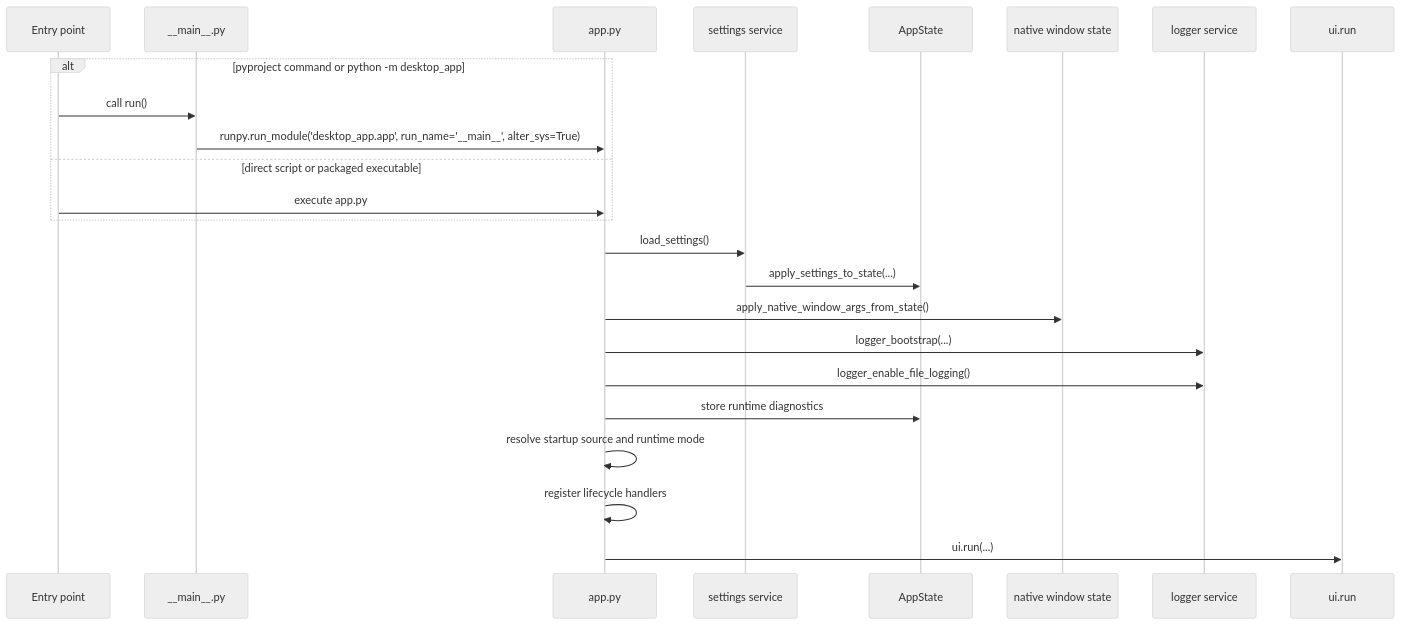
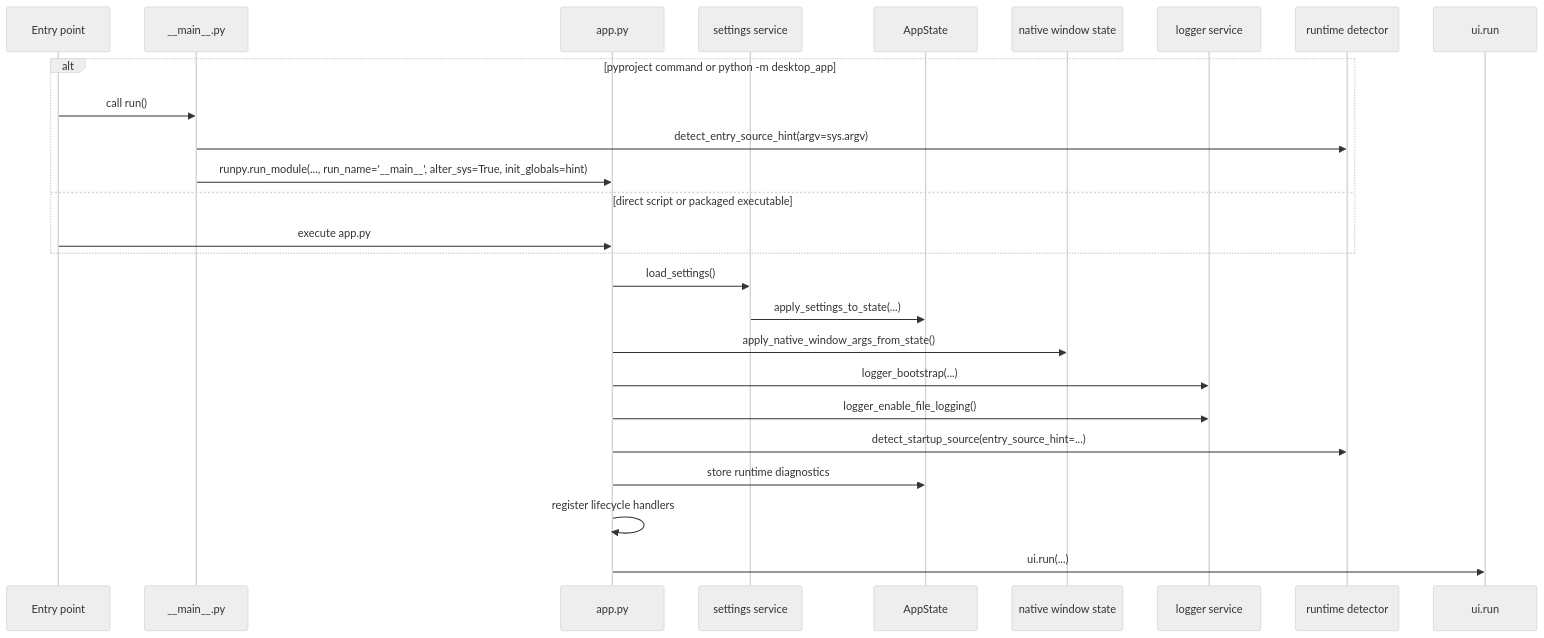
One commit to Fonze81/NiceGui-Windows-Base changed the diagram in docs/execution_modes.md. Above: the diagram before and after it, drawn with Mermaid (neutral theme). The commit also changed other lines of this file and 12 other files, not shown here.

First line of the commit message:
docs(runtime): update entry point diagnostics documentation

````diff
--- a/docs/execution_modes.md
+++ b/docs/execution_modes.md
@@ -49,27 +51,29 @@
 ```mermaid
 sequenceDiagram
     participant Entry as Entry point
     participant MainModule as __main__.py
     participant App as app.py
     participant Settings as settings service
     participant State as AppState
     participant Native as native window state
     participant Logger as logger service
+    participant Runtime as runtime detector
     participant NiceGUI as ui.run
 
     alt pyproject command or python -m desktop_app
         Entry->>MainModule: call run()
-        MainModule->>App: runpy.run_module('desktop_app.app', run_name='__main__', alter_sys=True)
+        MainModule->>Runtime: detect_entry_source_hint(argv=sys.argv)
+        MainModule->>App: runpy.run_module(..., run_name='__main__', alter_sys=True, init_globals=hint)
     else direct script or packaged executable
         Entry->>App: execute app.py
     end
     App->>Settings: load_settings()
     Settings->>State: apply_settings_to_state(...)
     App->>Native: apply_native_window_args_from_state()
     App->>Logger: logger_bootstrap(...)
     App->>Logger: logger_enable_file_logging()
+    App->>Runtime: detect_startup_source(entry_source_hint=...)
     App->>State: store runtime diagnostics
-    App->>App: resolve startup source and runtime mode
     App->>App: register lifecycle handlers
     App->>NiceGUI: ui.run(...)
 ```
````
